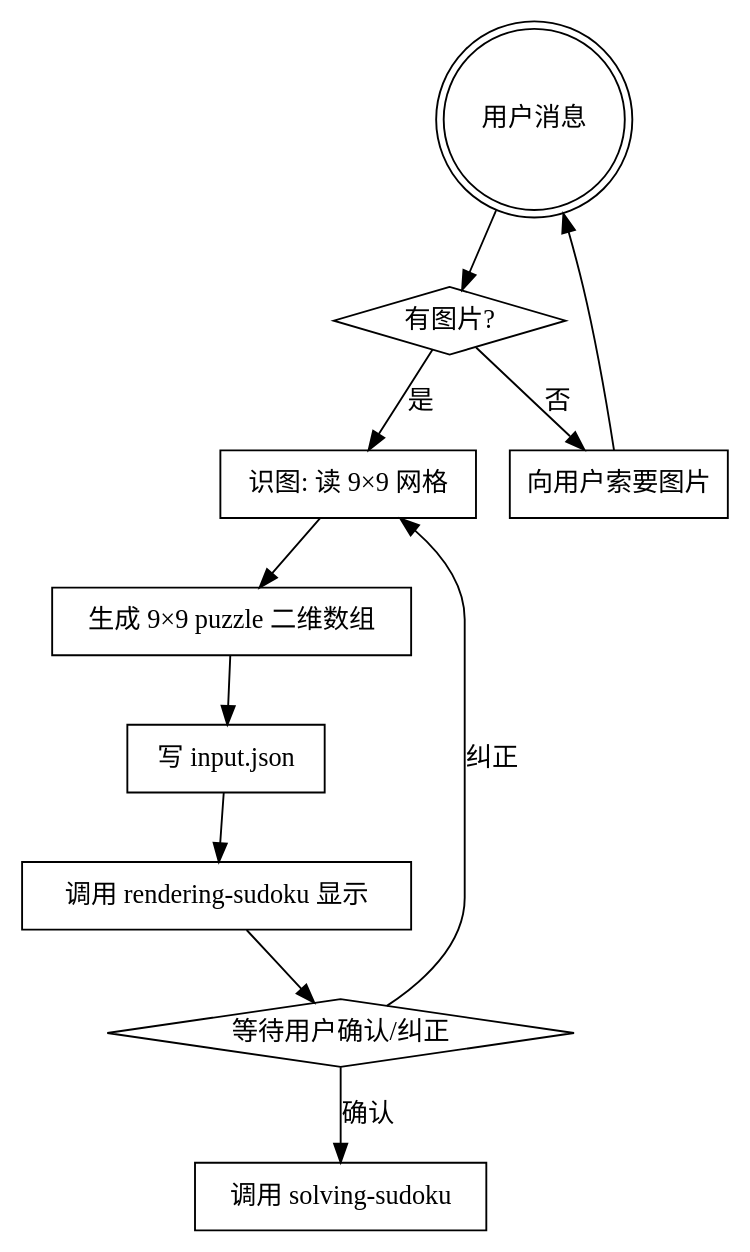
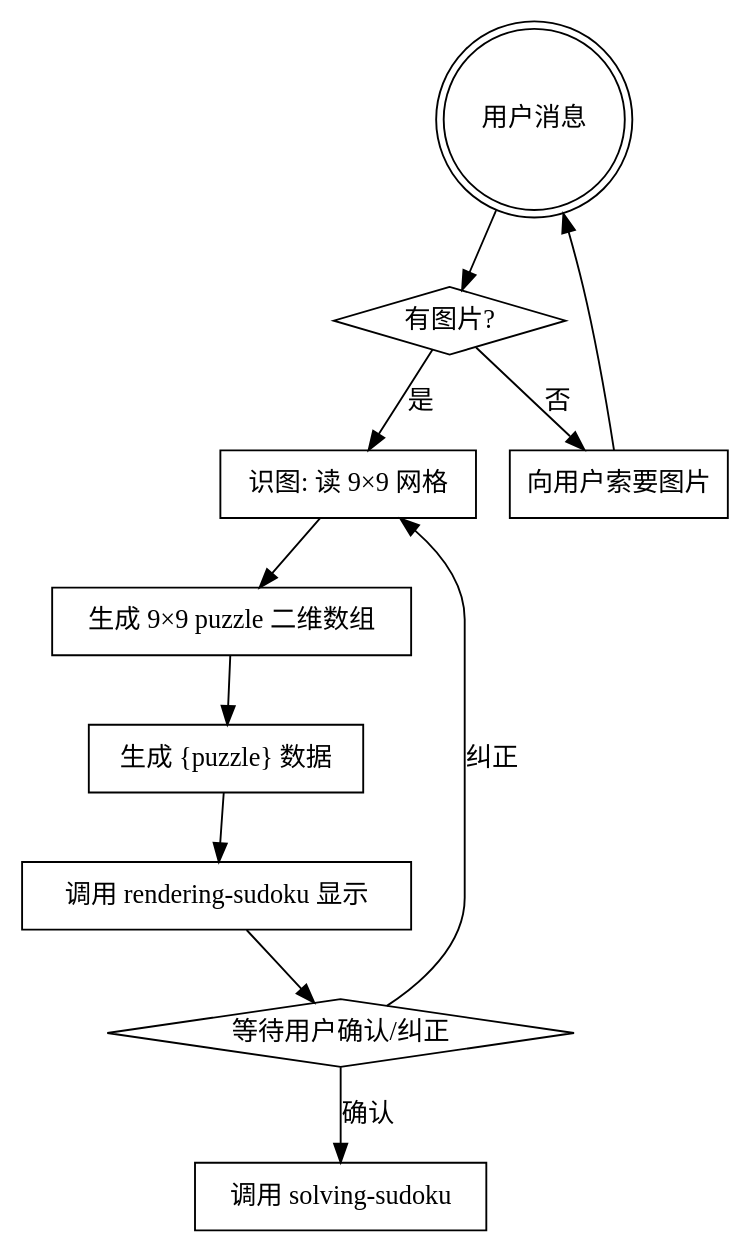
One commit to HakurouKen/puzzle-solver changed the diagram in packages/sudoku/skills/decoding-sudoku/SKILL.md. Above: the diagram before and after it, drawn with Graphviz. The commit also changed other lines of this file and 12 other files, not shown here.

````diff
--- a/packages/sudoku/skills/decoding-sudoku/SKILL.md
+++ b/packages/sudoku/skills/decoding-sudoku/SKILL.md
@@ -12,22 +12,22 @@
 ```dot
 digraph flow {
     "用户消息" [shape=doublecircle];
     "有图片?" [shape=diamond];
     "向用户索要图片" [shape=box];
     "识图: 读 9×9 网格" [shape=box];
     "生成 9×9 puzzle 二维数组" [shape=box];
-    "写 input.json" [shape=box];
+    "生成 {puzzle} 数据" [shape=box];
     "调用 rendering-sudoku 显示" [shape=box];
     "等待用户确认/纠正" [shape=diamond];
     "调用 solving-sudoku" [shape=box];
     "用户消息" -> "有图片?";
     "有图片?" -> "识图: 读 9×9 网格" [label="是"];
     "有图片?" -> "向用户索要图片" [label="否"];
     "向用户索要图片" -> "用户消息";
     "识图: 读 9×9 网格" -> "生成 9×9 puzzle 二维数组"
-        -> "写 input.json" -> "调用 rendering-sudoku 显示"
+        -> "生成 {puzzle} 数据" -> "调用 rendering-sudoku 显示"
         -> "等待用户确认/纠正";
     "等待用户确认/纠正" -> "调用 solving-sudoku" [label="确认"];
     "等待用户确认/纠正" -> "识图: 读 9×9 网格" [label="纠正"];
 }
 ```
````
